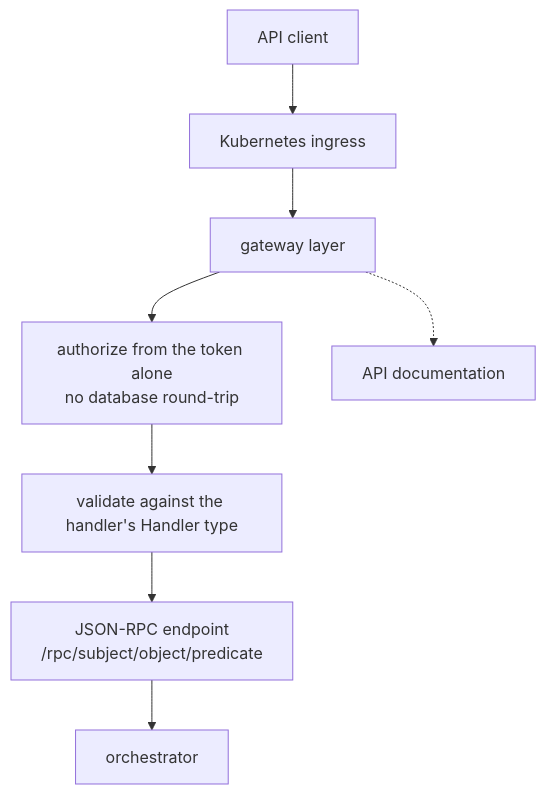
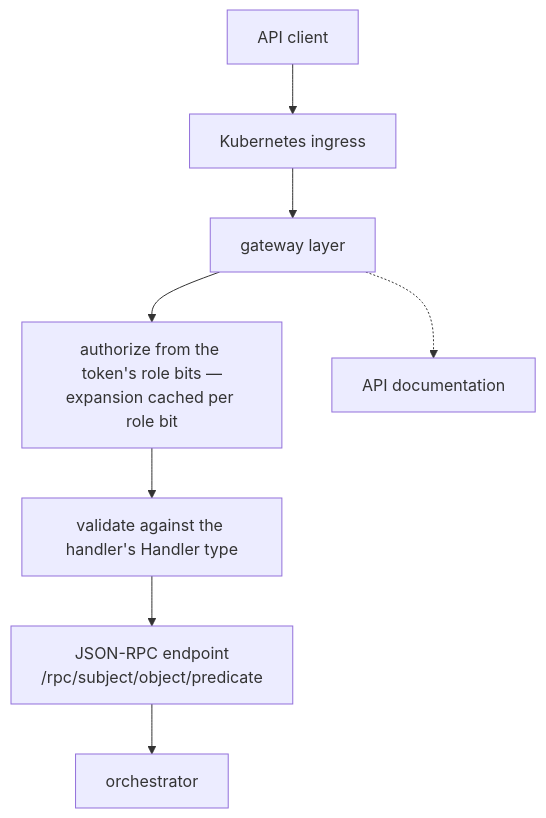
Before and after one commit to feasibleone/blong: the diagram in docs/blong/docs/concepts/gateway.md, drawn with Mermaid. The commit also changed 52 other files, not shown here.

````diff
--- a/docs/blong/docs/concepts/gateway.md
+++ b/docs/blong/docs/concepts/gateway.md
@@ -7,10 +7,10 @@
 ```mermaid
 flowchart TD
     client["API client"] --> ing["Kubernetes ingress"]
     ing --> gw["gateway layer"]
-    gw --> auth["authorize from the token alone<br/>no database round-trip"]
+    gw --> auth["authorize from the token's role bits —<br/>expansion cached per role bit"]
     auth --> val["validate against the handler's Handler type"]
     val --> rpc["JSON-RPC endpoint<br/>/rpc/subject/object/predicate"]
     rpc --> orchestrator["orchestrator"]
     gw -.-> api["API documentation"]
 ```
````
